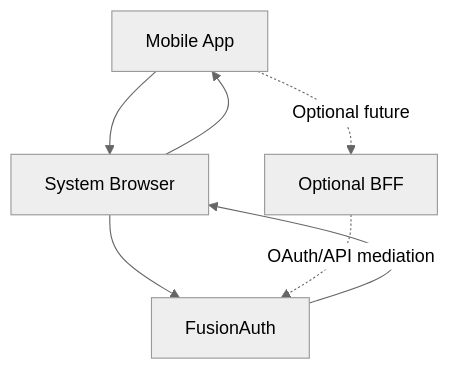
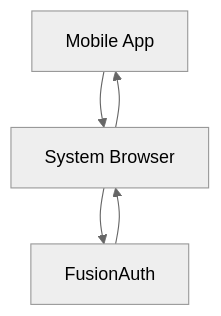
The diagram in docs/architecture-diagram.md (sapumal99x/mobile-auth-dev-env), drawn with Mermaid (neutral theme) before and after one commit. The commit also changed other lines of this file and 7 other files, not shown here.

First line of the commit message:
refactor(mobile): finalize architecture with secure auth storage, TanStack Query integration, and updated documentation

````diff
--- a/docs/architecture-diagram.md
+++ b/docs/architecture-diagram.md
@@ -14,9 +13,7 @@
 ```mermaid
 graph TD
     MobileApp[Mobile App] --> Browser[System Browser]
     Browser --> FusionAuth[FusionAuth]
     FusionAuth --> Browser
     Browser --> MobileApp
-    MobileApp -. Optional future .-> BFF[Optional BFF]
-    BFF -. OAuth/API mediation .-> FusionAuth
 ```
````
